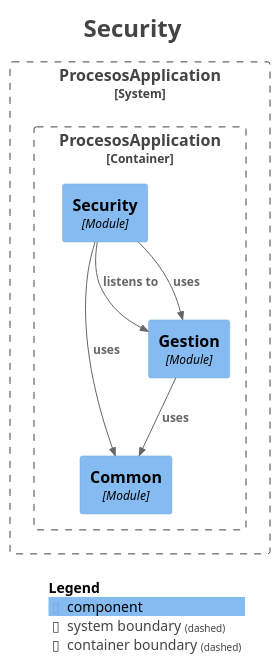
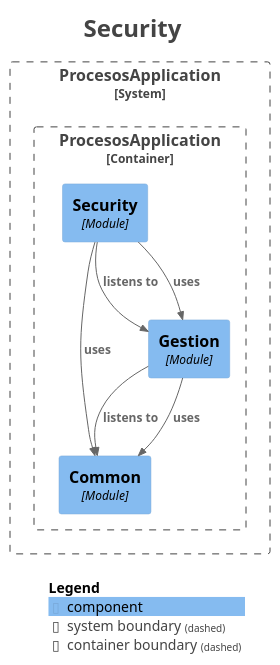
Before and after one commit to AndresContreras1/bpmn-process-manager-api: the diagram in docs/modules/module-security.puml, drawn with PlantUML. The commit also changed 36 other files, not shown here.

```diff
--- a/docs/modules/module-security.puml
+++ b/docs/modules/module-security.puml
@@ -1,34 +1,35 @@
 @startuml
 title <size:24>Security</size>
 
 set separator none
 top to bottom direction
 
 <style>
   root {
     BackgroundColor: #ffffff
     FontColor: #444444
   }
 </style>
 
 !include <C4/C4>
 !include <C4/C4_Context>
 !include <C4/C4_Component>
 
 System_Boundary("ProcesosApplication_boundary", "ProcesosApplication", $tags="") {
   Container_Boundary("ProcesosApplication.ProcesosApplication_boundary", "ProcesosApplication", $tags="") {
     Component(ProcesosApplication.ProcesosApplication.Common, "Common", $techn="Module", $descr="", $tags="", $link="")
     Component(ProcesosApplication.ProcesosApplication.Gestion, "Gestion", $techn="Module", $descr="", $tags="", $link="")
     Component(ProcesosApplication.ProcesosApplication.Security, "Security", $techn="Module", $descr="", $tags="", $link="")
   }
 
 }
 
+Rel(ProcesosApplication.ProcesosApplication.Gestion, ProcesosApplication.ProcesosApplication.Common, "listens to", $techn="", $tags="", $link="")
+Rel(ProcesosApplication.ProcesosApplication.Gestion, ProcesosApplication.ProcesosApplication.Common, "uses", $techn="", $tags="", $link="")
 Rel(ProcesosApplication.ProcesosApplication.Security, ProcesosApplication.ProcesosApplication.Gestion, "listens to", $techn="", $tags="", $link="")
+Rel(ProcesosApplication.ProcesosApplication.Security, ProcesosApplication.ProcesosApplication.Gestion, "uses", $techn="", $tags="", $link="")
 Rel(ProcesosApplication.ProcesosApplication.Security, ProcesosApplication.ProcesosApplication.Common, "uses", $techn="", $tags="", $link="")
-Rel(ProcesosApplication.ProcesosApplication.Security, ProcesosApplication.ProcesosApplication.Gestion, "uses", $techn="", $tags="", $link="")
-Rel(ProcesosApplication.ProcesosApplication.Gestion, ProcesosApplication.ProcesosApplication.Common, "uses", $techn="", $tags="", $link="")
 
 SHOW_LEGEND(true)
 hide stereotypes
 @enduml
```
